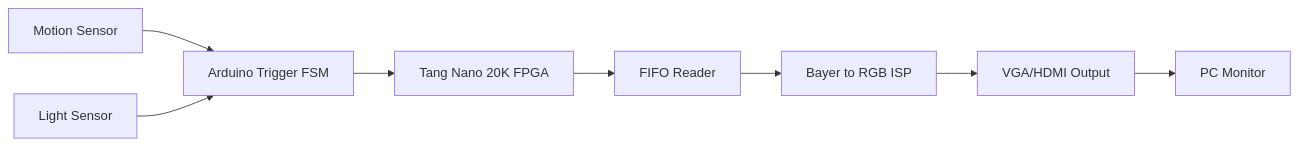
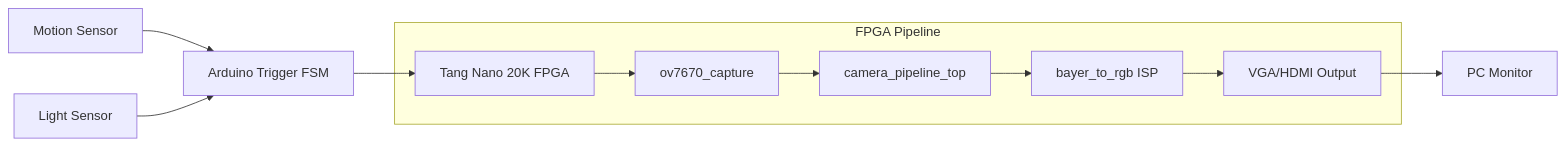
Before and after one commit to mnrwachtel-source/fpga-vision-project: the first of 4 diagrams in README.md, drawn with Mermaid. The commit also changed other lines of this file and 4 other files, not shown here.

Commit message:
Add camera interface pipeline and improve main FSM

````diff
--- a/README.md
+++ b/README.md
@@ -15,13 +15,17 @@
 ```mermaid
 graph LR
 
 A[Motion Sensor] --> C[Arduino Trigger FSM]
-B[Light Sensor] --> C
+B[Light Sensor]  --> C
 
 C --> D[Tang Nano 20K FPGA]
 
-D --> E[FIFO Reader]
-E --> F[Bayer to RGB ISP]
-F --> G[VGA/HDMI Output]
-G --> H[PC Monitor]
+subgraph FPGA Pipeline
+  D --> E[ov7670_capture]
+  E --> F[camera_pipeline_top]
+  F --> G[bayer_to_rgb ISP]
+  G --> H[VGA/HDMI Output]
+end
+
+H --> I[PC Monitor]
 ```
````
